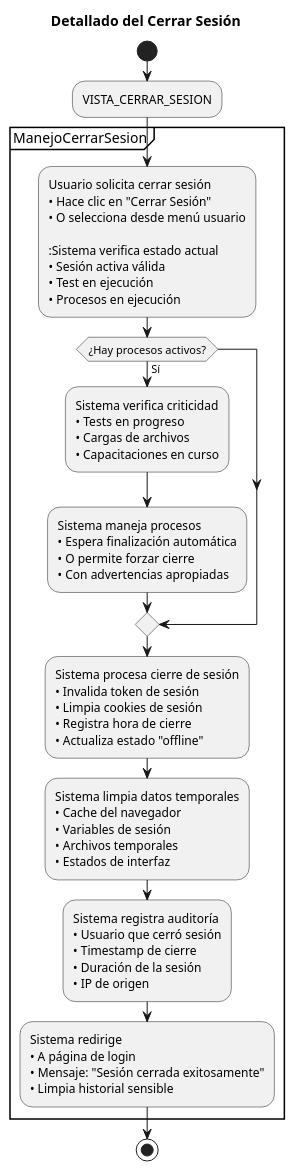
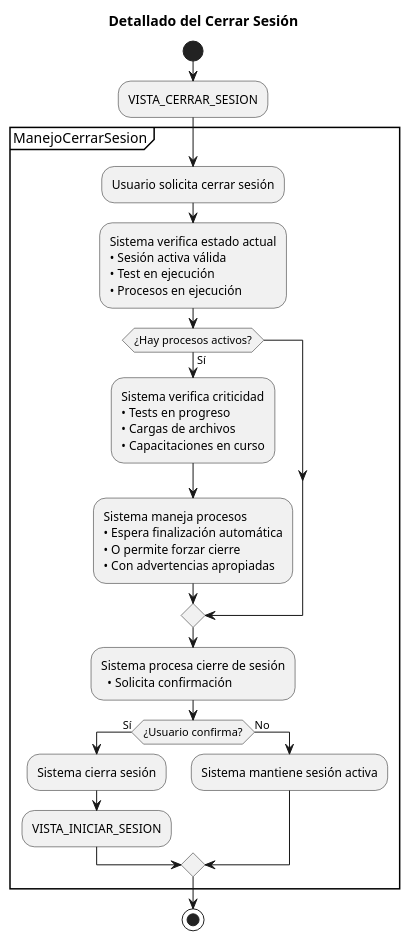
One commit to Dievex/24-25-IdSw1-SDR changed the diagram in casos_de_uso/diagramas_casos_de_uso_detallados/cerrar_sesion.puml. Above: the diagram before and after it, drawn with PlantUML. The commit also changed 1 other file, not shown here.

Commit message:
refactor(use-case-diagrams): simplify crear_capacitacion and cerrar_sesion diagrams

```diff
--- a/casos_de_uso/diagramas_casos_de_uso_detallados/cerrar_sesion.puml
+++ b/casos_de_uso/diagramas_casos_de_uso_detallados/cerrar_sesion.puml
@@ -1,59 +1,45 @@
 @startuml
 title Detallado del Cerrar Sesión
 
 start
 
 :VISTA_CERRAR_SESION;
 
 partition ManejoCerrarSesion {
   
-  :Usuario solicita cerrar sesión
-  • Hace clic en "Cerrar Sesión"
-  • O selecciona desde menú usuario
+  :Usuario solicita cerrar sesión;
+
 
   :Sistema verifica estado actual
   • Sesión activa válida
   • Test en ejecución
   • Procesos en ejecución;
   
   
   if (¿Hay procesos activos?) then (Sí)
     :Sistema verifica criticidad
     • Tests en progreso
     • Cargas de archivos
     • Capacitaciones en curso;
     
     :Sistema maneja procesos
     • Espera finalización automática
     • O permite forzar cierre
     • Con advertencias apropiadas;
     
   endif
   
   :Sistema procesa cierre de sesión
-  • Invalida token de sesión
-  • Limpia cookies de sesión
-  • Registra hora de cierre
-  • Actualiza estado "offline";
-  
-  :Sistema limpia datos temporales
-  • Cache del navegador
-  • Variables de sesión
-  • Archivos temporales
-  • Estados de interfaz;
-  
-  :Sistema registra auditoría
-  • Usuario que cerró sesión
-  • Timestamp de cierre
-  • Duración de la sesión
-  • IP de origen;
-  
-  :Sistema redirige
-  • A página de login
-  • Mensaje: "Sesión cerrada exitosamente"
-  • Limpia historial sensible;
+    • Solicita confirmación;
+
+    if (¿Usuario confirma?) then (Sí)
+      :Sistema cierra sesión;
+      :VISTA_INICIAR_SESION;
+    else (No)
+      :Sistema mantiene sesión activa;
+    endif
   
 }
 
 stop
 @enduml
```
